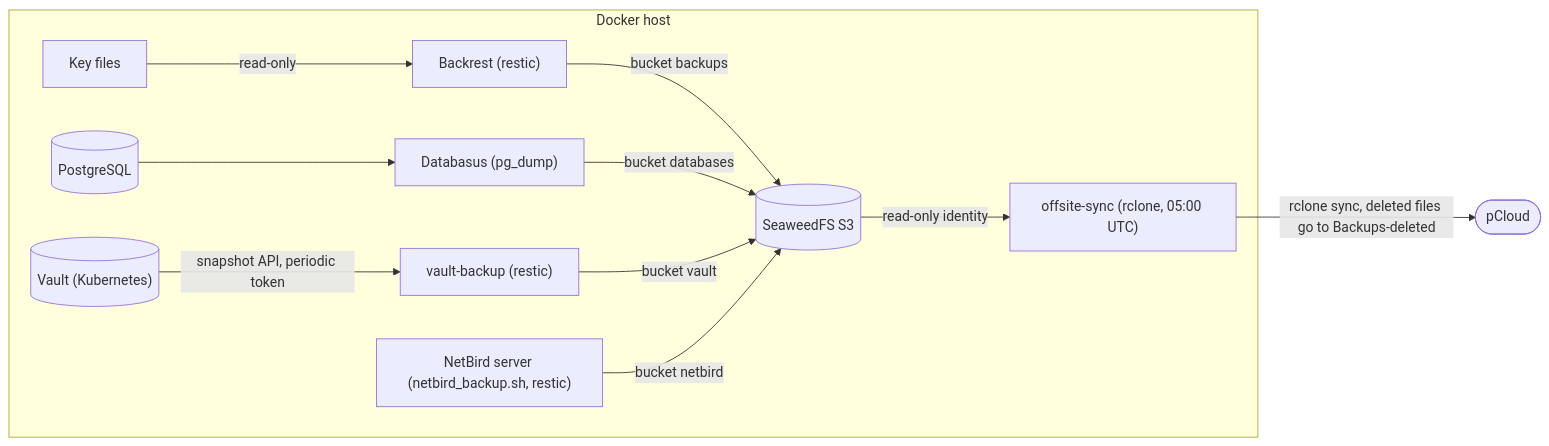
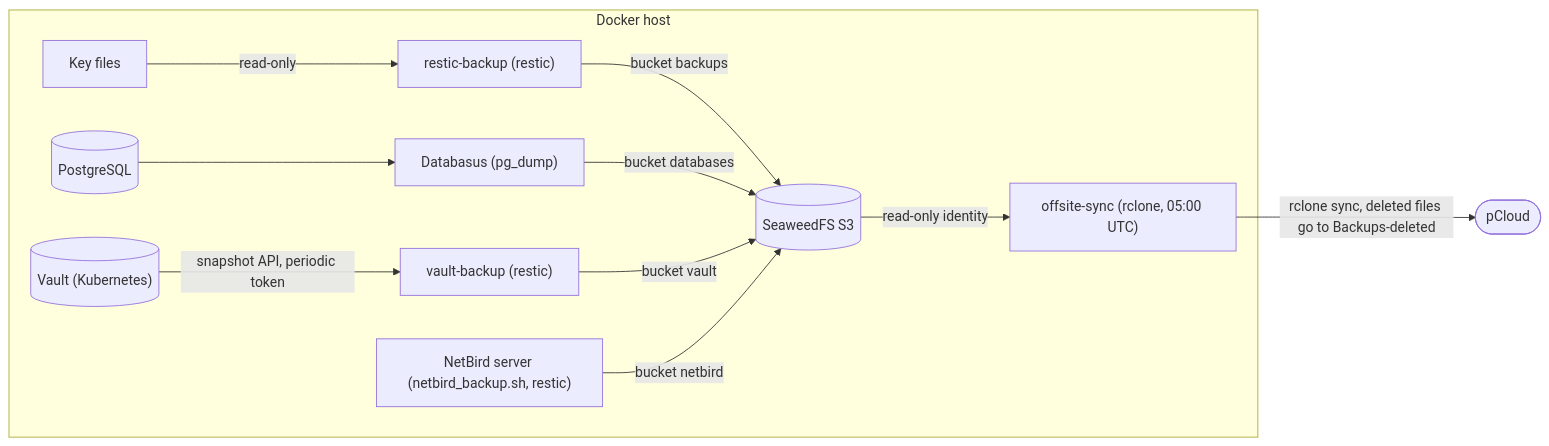
The diagram in README.adoc (ToXiCCuss/gitops), drawn with Mermaid before and after one commit. The commit also changed other lines of this file and 18 other files, not shown here.

First line of the commit message:
feat: replace backrest with the restic-backup script container

```diff
--- a/README.adoc
+++ b/README.adoc
@@ -514,16 +514,16 @@
 [source,mermaid]
 ----
 flowchart LR
   vault[("Vault (Kubernetes)")]
   subgraph host["Docker host"]
     vault -->|"snapshot API, periodic token"| vaultbackup["vault-backup (restic)"]
-    keys["Key files"] -->|read-only| backrest["Backrest (restic)"]
+    keys["Key files"] -->|read-only| resticbackup["restic-backup (restic)"]
     pg[("PostgreSQL")] --> databasus["Databasus (pg_dump)"]
-    backrest -->|bucket backups| s3[("SeaweedFS S3")]
+    resticbackup -->|bucket backups| s3[("SeaweedFS S3")]
     databasus -->|bucket databases| s3
     vaultbackup -->|bucket vault| s3
     netbird["NetBird server (netbird_backup.sh, restic)"] -->|bucket netbird| s3
     s3 -->|read-only identity| sync["offsite-sync (rclone, 05:00 UTC)"]
   end
   sync -->|"rclone sync, deleted files go to Backups-deleted"| pcloud(["pCloud"])
 ----
```
